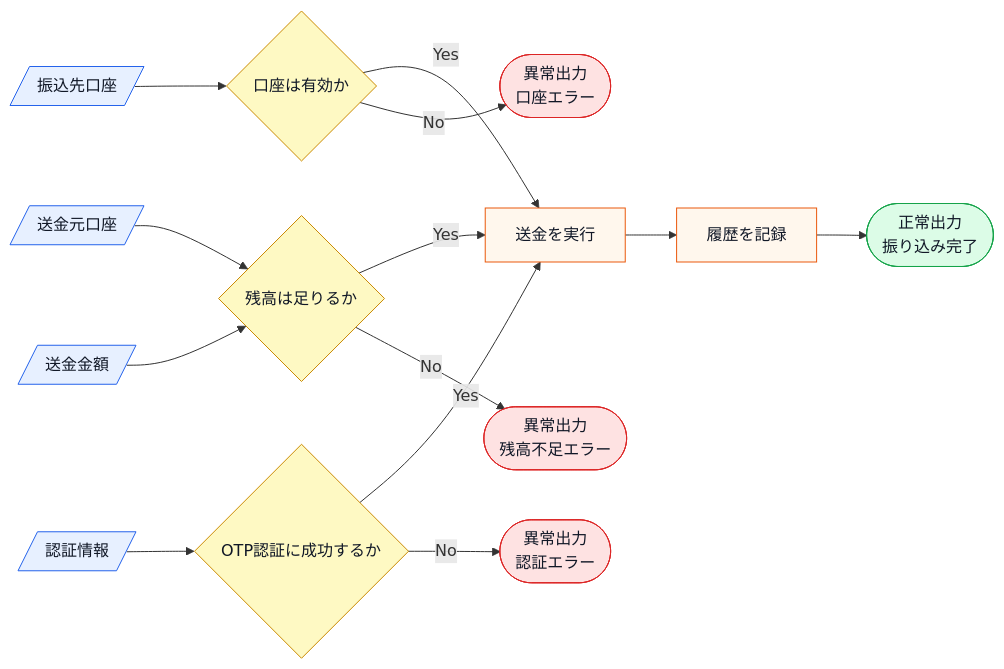
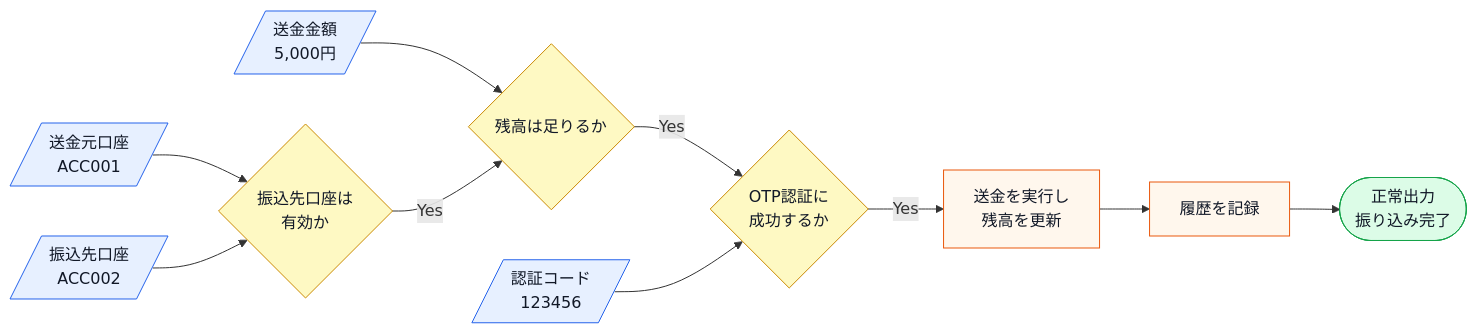
Before and after one commit to kumachan1101-pixel/DesignPattern: the first of 7 diagrams in kindle/design-patterns/output/chapter02.md, drawn with Mermaid. The commit also changed other lines of this file and 11 other files, not shown here.

Commit message:
docs: 残タスクの仕様図と外部境界を全章反映

````diff
--- a/kindle/design-patterns/output/chapter02.md
+++ b/kindle/design-patterns/output/chapter02.md
@@ -47,21 +47,17 @@
 ```mermaid
 flowchart LR
-    A[/送金元口座/]:::input --> B{残高は足りるか}:::decision
-    C[/振込先口座/]:::input --> D{口座は有効か}:::decision
-    E[/送金金額/]:::input --> B
-    F[/認証情報/]:::input --> G{OTP認証に成功するか}:::decision
-    D -->|Yes| H[送金を実行]:::process
-    B -->|Yes| H
-    G -->|Yes| H
+    A[/送金元口座<br>ACC001/]:::input --> D{振込先口座は<br>有効か}:::decision
+    C[/振込先口座<br>ACC002/]:::input --> D
+    E[/送金金額<br>5,000円/]:::input --> B{残高は足りるか}:::decision
+    D -->|Yes| B
+    B -->|Yes| G{OTP認証に<br>成功するか}:::decision
+    F[/認証コード<br>123456/]:::input --> G
+    G -->|Yes| H[送金を実行し<br>残高を更新]:::process
     H --> I[履歴を記録]:::process
     I --> J([正常出力<br>振り込み完了]):::normal
-    D -->|No| K([異常出力<br>口座エラー]):::error
-    B -->|No| L([異常出力<br>残高不足エラー]):::error
-    G -->|No| M([異常出力<br>認証エラー]):::error
 
     classDef input fill:#e7f0ff,stroke:#2563eb,color:#111827;
     classDef process fill:#fff7ed,stroke:#ea580c,color:#111827;
     classDef decision fill:#fef9c3,stroke:#ca8a04,color:#111827;
     classDef normal fill:#dcfce7,stroke:#16a34a,color:#111827;
-    classDef error fill:#fee2e2,stroke:#dc2626,color:#111827;
 ```
````
